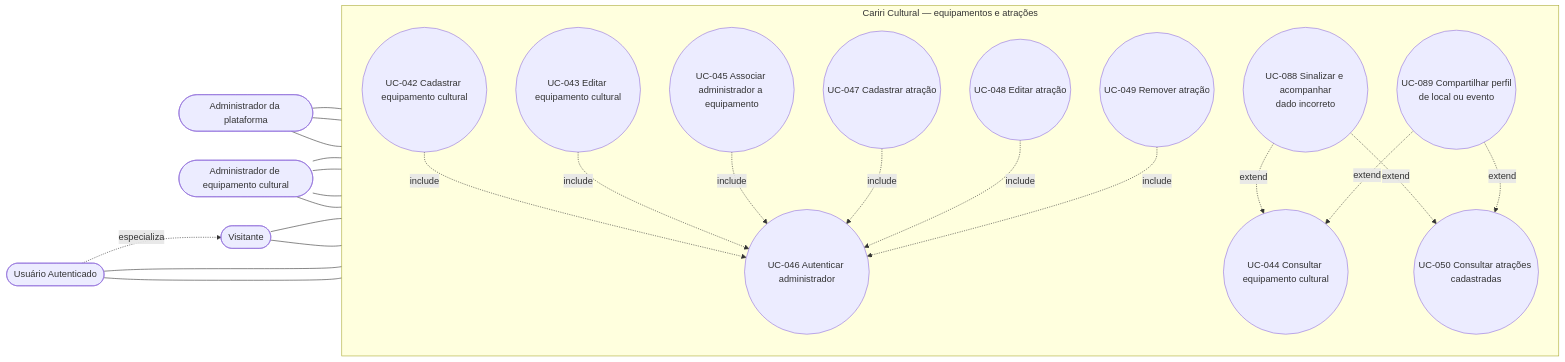
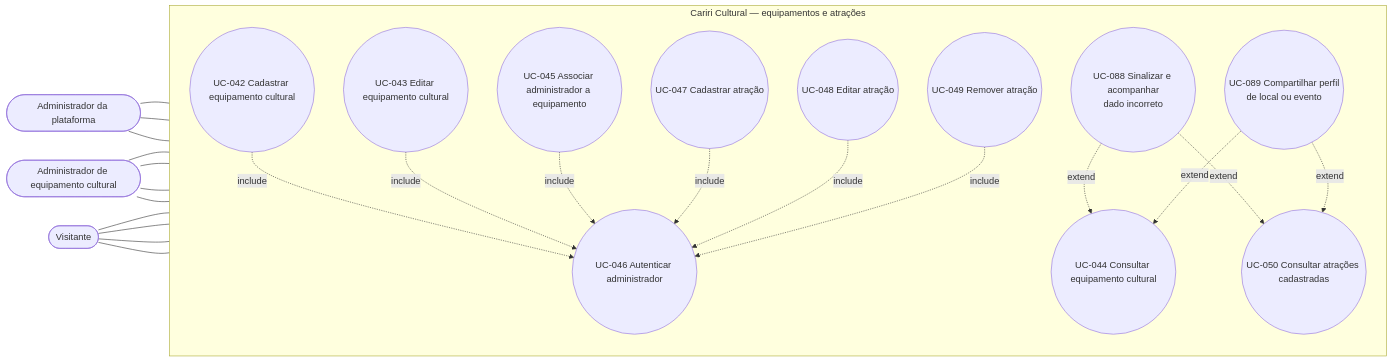
One commit to alan-mendes-ufca/CaririCultural changed the tenth of 13 diagrams in home/user-cases/use-cases-diagram.md. Above: the diagram before and after it, drawn with Mermaid. The commit also changed other lines of this file, not shown here.

Commit message:
docs: refactor `use cases diagrams`

````diff
--- a/home/user-cases/use-cases-diagram.md
+++ b/home/user-cases/use-cases-diagram.md
@@ -364,44 +344,41 @@
 ```mermaid
 flowchart LR
     %% Atores
     V([Visitante])
-    U([Usuário Autenticado])
     APL([Administrador da plataforma])
     AEC([Administrador de equipamento cultural])
 
     subgraph CC [Cariri Cultural — equipamentos e atrações]
         direction TB
         UC042((UC-042 Cadastrar equipamento cultural))
         UC043((UC-043 Editar equipamento cultural))
         UC044((UC-044 Consultar equipamento cultural))
         UC045((UC-045 Associar administrador a equipamento))
         UC046((UC-046 Autenticar administrador))
         UC047((UC-047 Cadastrar atração))
         UC048((UC-048 Editar atração))
         UC049((UC-049 Remover atração))
         UC050((UC-050 Consultar atrações cadastradas))
 
         %% Nós convidados: extensões vindas dos diagramas 6 e 9
         UC088((UC-088 Sinalizar e acompanhar<br/>dado incorreto))
         UC089((UC-089 Compartilhar perfil<br/>de local ou evento))
     end
 
     %% Relações Ator -> Caso de Uso
     APL --- UC042 & UC043 & UC045
     AEC --- UC046 & UC047 & UC048 & UC049
-    V --- UC044 & UC050
-    U --- UC088 & UC089
-    U -.->|especializa| V
+    V --- UC044 & UC050 & UC088 & UC089
 
     %% Relações Include
     UC042 -.->|include| UC046
     UC043 -.->|include| UC046
     UC045 -.->|include| UC046
     UC047 -.->|include| UC046
     UC048 -.->|include| UC046
     UC049 -.->|include| UC046
 
     %% Relações Extend
     UC088 -.->|extend| UC044 & UC050
     UC089 -.->|extend| UC044 & UC050
 ```
````
